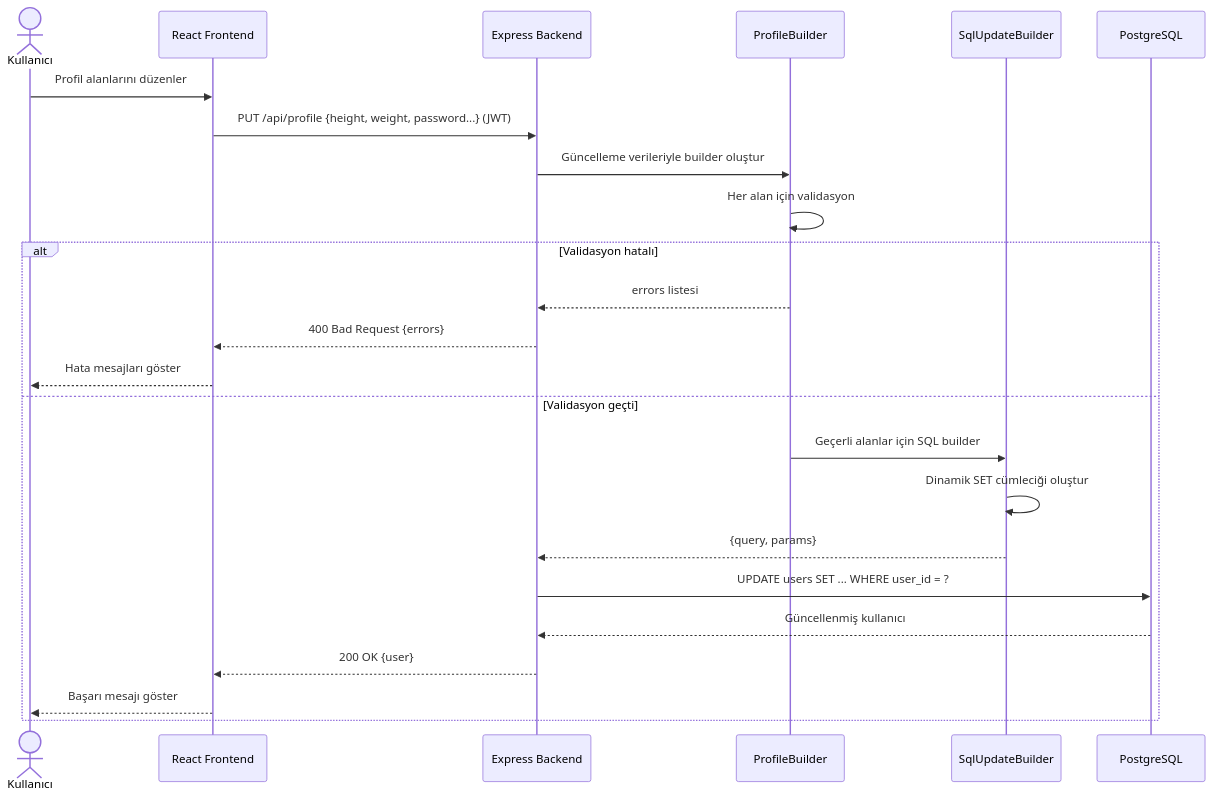
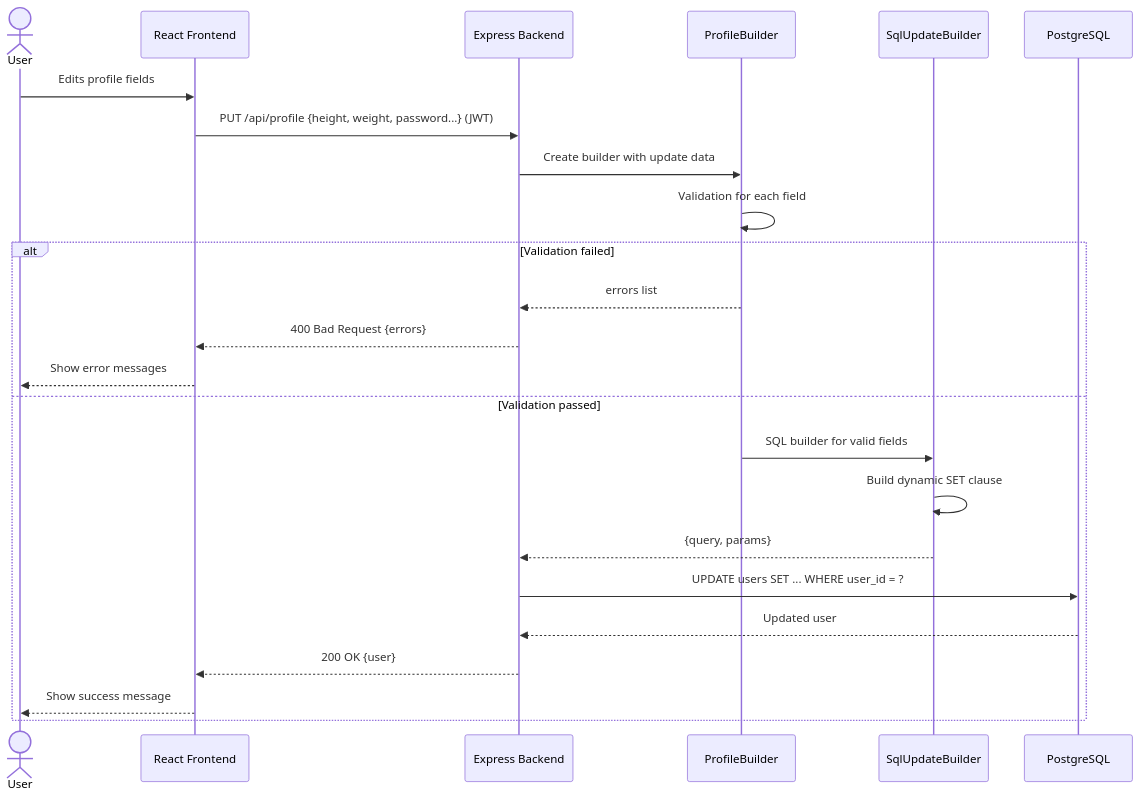
The fifth of 6 diagrams in docs/architecture/SDD_v3.md (beyzadegirmenci/LifeSync), drawn with Mermaid before and after one commit. The commit also changed other lines of this file, not shown here.

````diff
--- a/docs/architecture/SDD_v3.md
+++ b/docs/architecture/SDD_v3.md
@@ -235,27 +230,27 @@
 ```mermaid
 sequenceDiagram
-    actor U as Kullanıcı
+    actor U as User
     participant F as React Frontend
     participant B as Express Backend
     participant PB as ProfileBuilder
     participant SB as SqlUpdateBuilder
     participant DB as PostgreSQL
 
-    U->>F: Profil alanlarını düzenler
+    U->>F: Edits profile fields
     F->>B: PUT /api/profile {height, weight, password...} (JWT)
-    B->>PB: Güncelleme verileriyle builder oluştur
-    PB->>PB: Her alan için validasyon
-    alt Validasyon hatalı
-        PB-->>B: errors listesi
+    B->>PB: Create builder with update data
+    PB->>PB: Validation for each field
+    alt Validation failed
+        PB-->>B: errors list
         B-->>F: 400 Bad Request {errors}
-        F-->>U: Hata mesajları göster
-    else Validasyon geçti
-        PB->>SB: Geçerli alanlar için SQL builder
-        SB->>SB: Dinamik SET cümleciği oluştur
+        F-->>U: Show error messages
+    else Validation passed
+        PB->>SB: SQL builder for valid fields
+        SB->>SB: Build dynamic SET clause
         SB-->>B: {query, params}
         B->>DB: UPDATE users SET ... WHERE user_id = ?
-        DB-->>B: Güncellenmiş kullanıcı
+        DB-->>B: Updated user
         B-->>F: 200 OK {user}
-        F-->>U: Başarı mesajı göster
+        F-->>U: Show success message
     end
 ```
````
